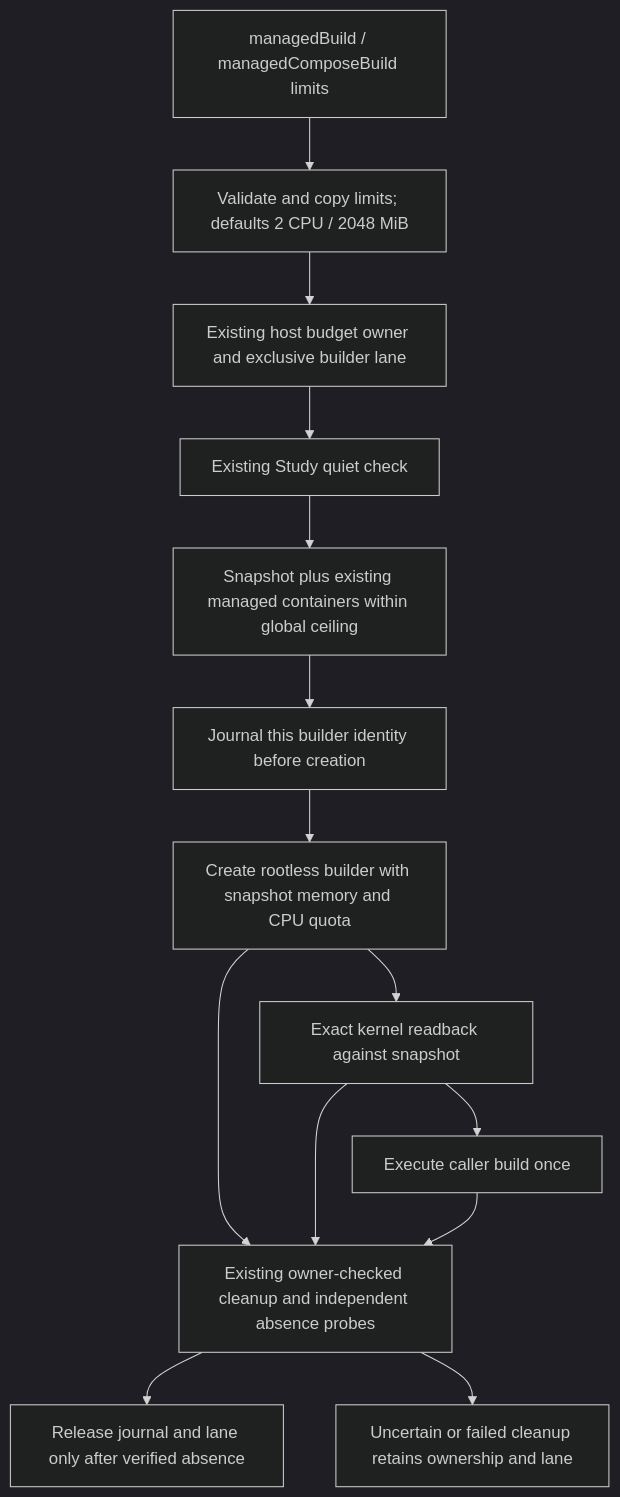
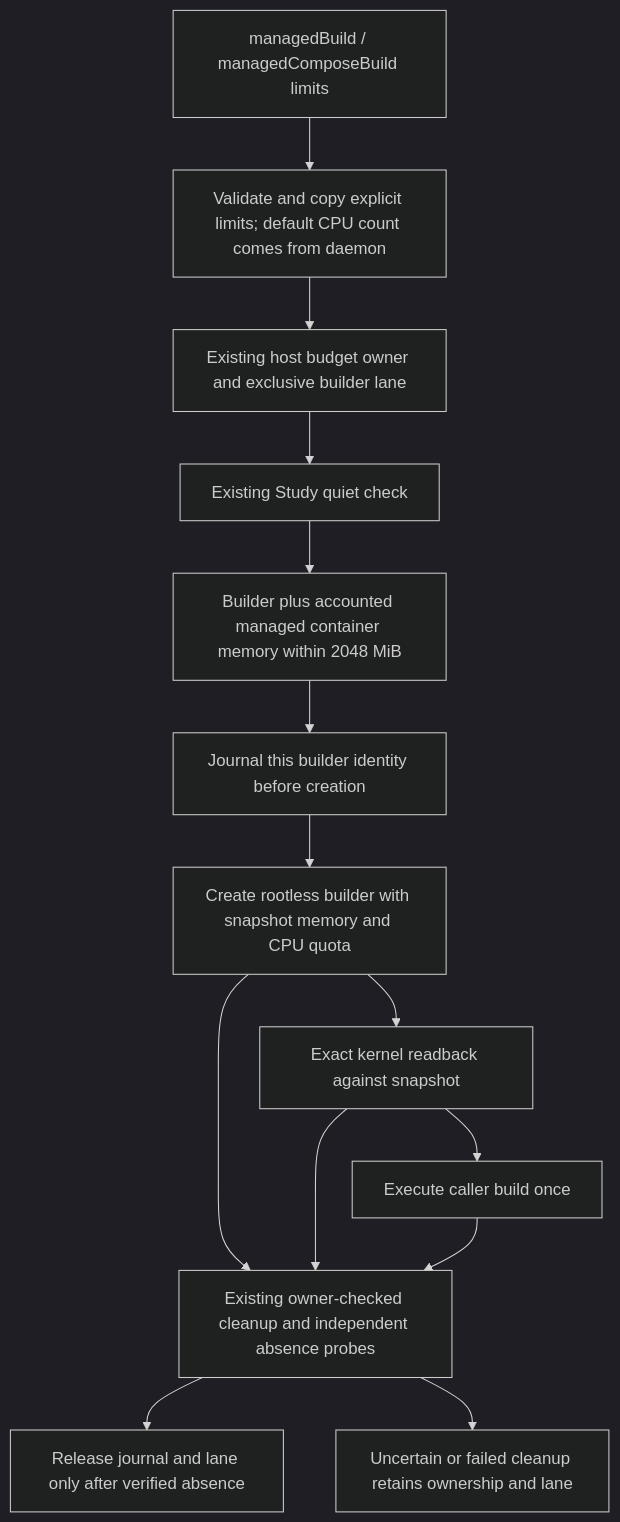
The second of 2 diagrams in scripts/README.md (aaweaver-actuary/tempo), drawn with Mermaid (dark theme) before and after one commit. The commit also changed other lines of this file and 8 other files, not shown here.

Commit message:
fix(build): remove arbitrary CPU ceilings and serial fanout

````diff
--- a/scripts/README.md
+++ b/scripts/README.md
@@ -166,16 +190,16 @@
 ```mermaid
 flowchart TD
-    Request[managedBuild / managedComposeBuild limits] --> Snapshot[Validate and copy limits; defaults 2 CPU / 2048 MiB]
+    Request[managedBuild / managedComposeBuild limits] --> Snapshot[Validate and copy explicit limits; default CPU count comes from daemon]
     Snapshot --> Owner[Existing host budget owner and exclusive builder lane]
     Owner --> Quiet[Existing Study quiet check]
-    Quiet --> Admission[Snapshot plus existing managed containers within global ceiling]
+    Quiet --> Admission[Builder plus accounted managed container memory within 2048 MiB]
     Admission --> Journal[Journal this builder identity before creation]
     Journal --> Create[Create rootless builder with snapshot memory and CPU quota]
     Create --> Verify[Exact kernel readback against snapshot]
     Verify --> Build[Execute caller build once]
     Create --> Cleanup[Existing owner-checked cleanup and independent absence probes]
     Verify --> Cleanup
     Build --> Cleanup
     Cleanup --> Release[Release journal and lane only after verified absence]
     Cleanup --> Retain[Uncertain or failed cleanup retains ownership and lane]
 ```
````
